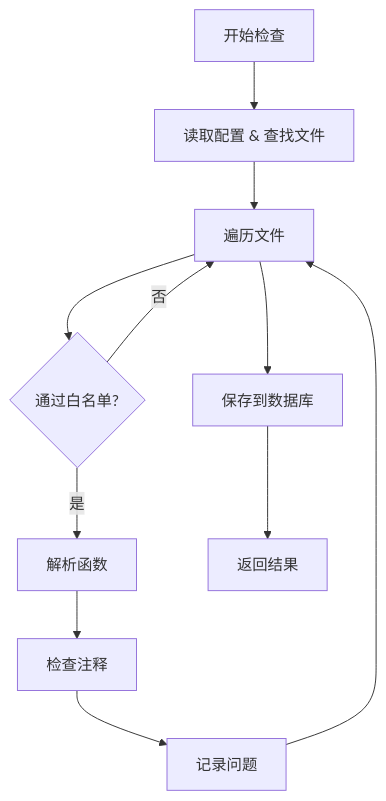
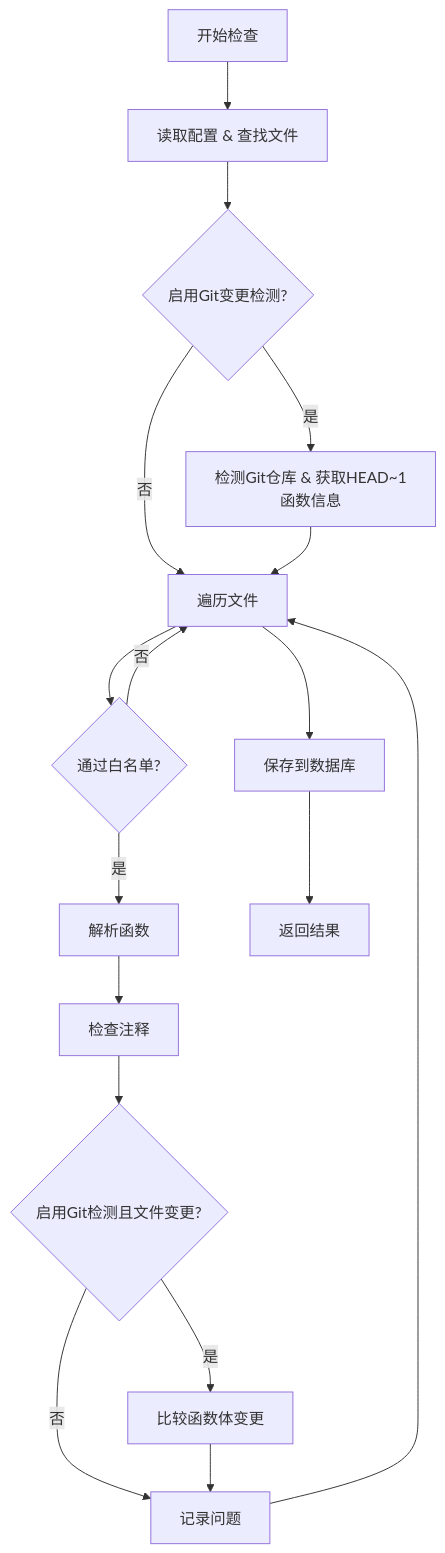
The fifth of 11 diagrams in RequirementDocument/设计文档.md (Aldebaran638/Doc-Doctor), drawn with Mermaid before and after one commit. The commit also changed other lines of this file and 24 other files, not shown here.

````diff
--- a/RequirementDocument/设计文档.md
+++ b/RequirementDocument/设计文档.md
@@ -236,13 +236,19 @@
 ```mermaid
 flowchart TD
     A[开始检查] --> B[读取配置 & 查找文件]
-    B --> C[遍历文件]
-    C --> D{通过白名单?}
-    D -->|否| C
-    D -->|是| E[解析函数]
-    E --> F[检查注释]
-    F --> G[记录问题]
-    G --> C
-    C --> H[保存到数据库]
-    H --> I[返回结果]
+    B --> C{启用Git变更检测?}
+    C -->|是| D[检测Git仓库 & 获取HEAD~1函数信息]
+    C -->|否| E[遍历文件]
+    D --> E
+    E --> F{通过白名单?}
+    F -->|否| E
+    F -->|是| G[解析函数]
+    G --> H[检查注释]
+    H --> I{启用Git检测且文件变更?}
+    I -->|是| J[比较函数体变更]
+    I -->|否| K[记录问题]
+    J --> K
+    K --> E
+    E --> L[保存到数据库]
+    L --> M[返回结果]
 ```
````
